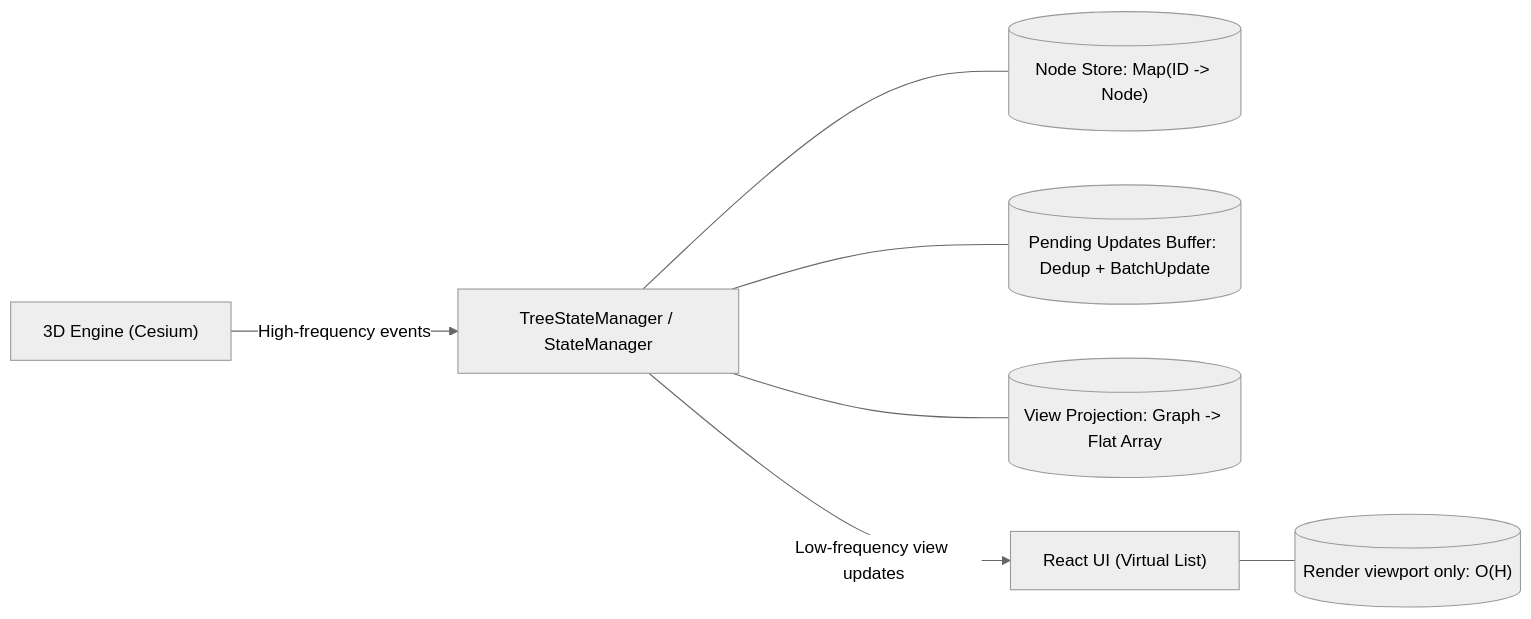
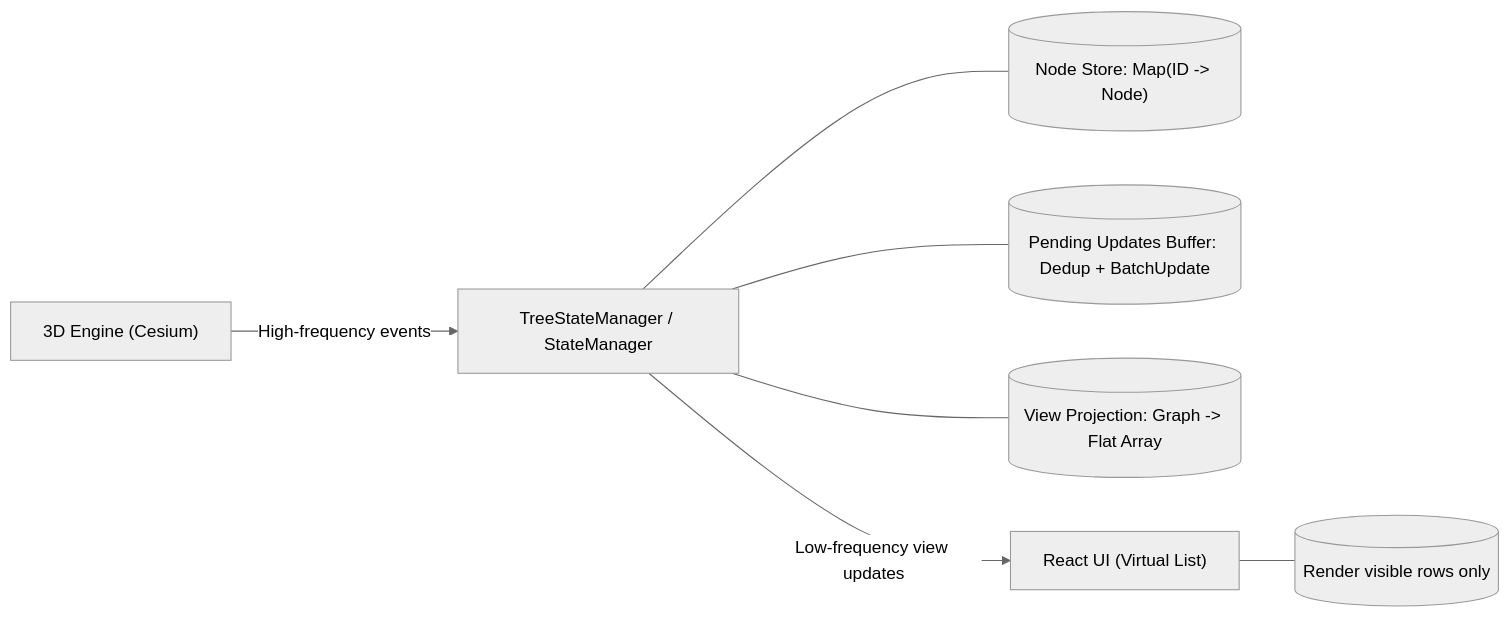
The diagram in content/en/post/high-frequency-synchronization-architecture-between-react-state-and-a-3d-engine.md (yosgi/yosgi.github.io), drawn with Mermaid (neutral theme) before and after one commit. The commit also changed other lines of this file and 7 other files, not shown here.

````diff
--- a/content/en/post/high-frequency-synchronization-architecture-between-react-state-and-a-3d-engine.md
+++ b/content/en/post/high-frequency-synchronization-architecture-between-react-state-and-a-3d-engine.md
@@ -45,12 +45,12 @@
 ```mermaid
 flowchart LR
   A["3D Engine (Cesium)"] -->|High-frequency events| B["TreeStateManager / StateManager"]
 
   B --- D[("Node Store: Map(ID -> Node)")]
   B --- E[("Pending Updates Buffer: Dedup + BatchUpdate")]
   B --- F[("View Projection: Graph -> Flat Array")]
 
   B -->|Low-frequency view updates| C["React UI (Virtual List)"]
-  C --- G[("Render viewport only: O(H)")]
+  C --- G[("Render visible rows only")]
 
 ```
````
